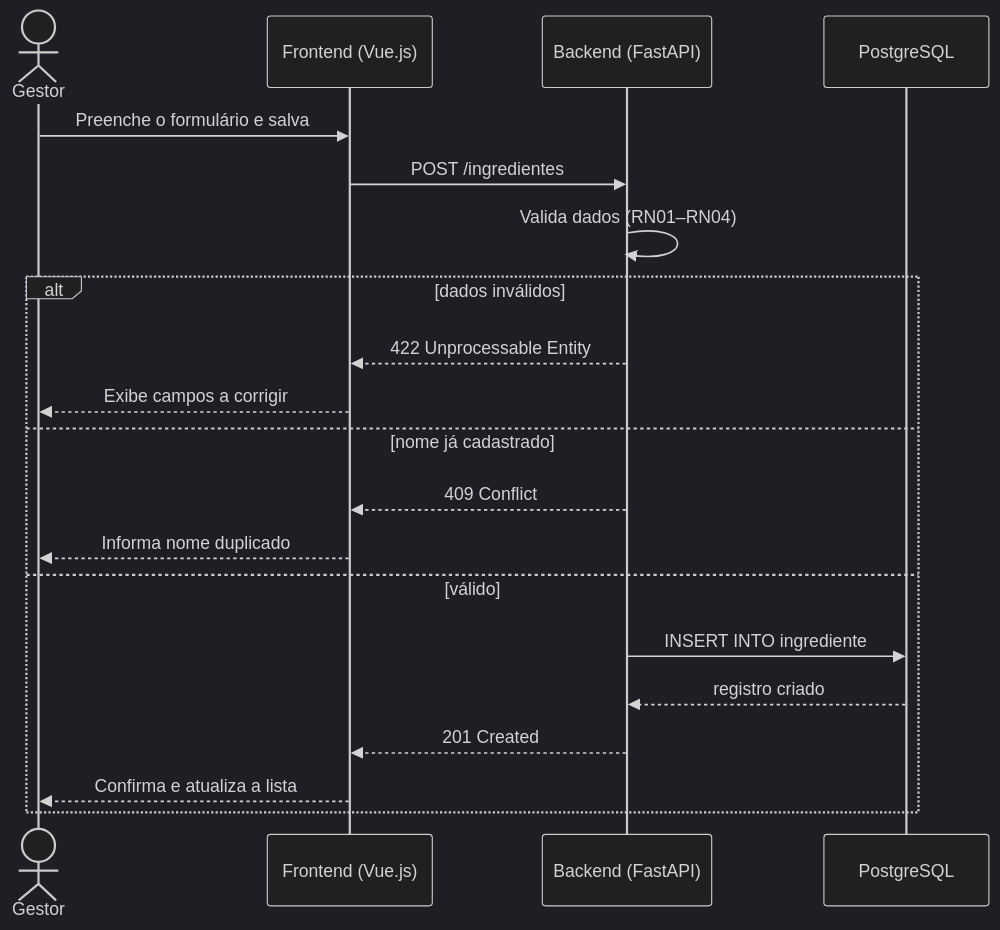
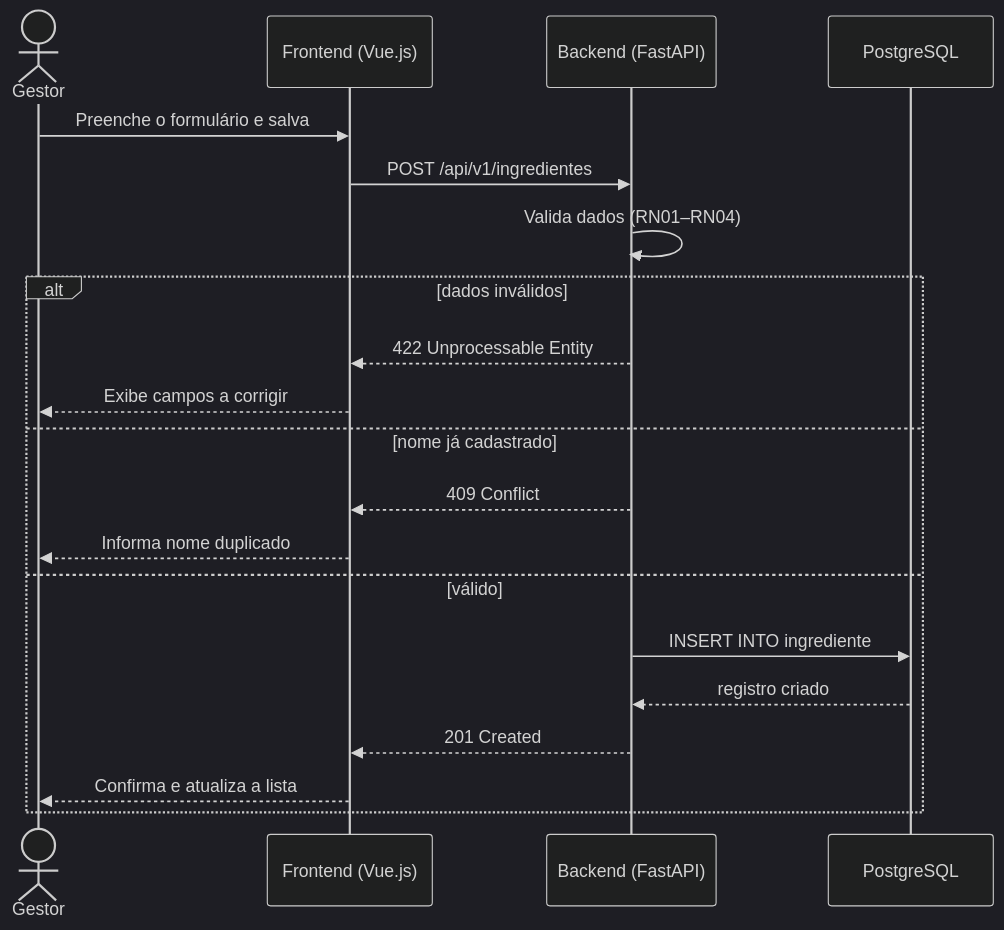
The fourth of 4 diagrams in docs/doc-modelos.md (andressa-codes/big-hangus-backend), drawn with Mermaid (dark theme) before and after one commit. The commit also changed other lines of this file, not shown here.

First line of the commit message:
docs: atualiza as rotas da API com o prefixo /api/v1

````diff
--- a/docs/doc-modelos.md
+++ b/docs/doc-modelos.md
@@ -341,23 +341,23 @@
 ```mermaid
 sequenceDiagram
     actor G as Gestor
     participant FE as Frontend (Vue.js)
     participant API as Backend (FastAPI)
     participant DB as PostgreSQL
 
     G->>FE: Preenche o formulário e salva
-    FE->>API: POST /ingredientes
+    FE->>API: POST /api/v1/ingredientes
     API->>API: Valida dados (RN01–RN04)
     alt dados inválidos
         API-->>FE: 422 Unprocessable Entity
         FE-->>G: Exibe campos a corrigir
     else nome já cadastrado
         API-->>FE: 409 Conflict
         FE-->>G: Informa nome duplicado
     else válido
         API->>DB: INSERT INTO ingrediente
         DB-->>API: registro criado
         API-->>FE: 201 Created
         FE-->>G: Confirma e atualiza a lista
     end
 ```
````
